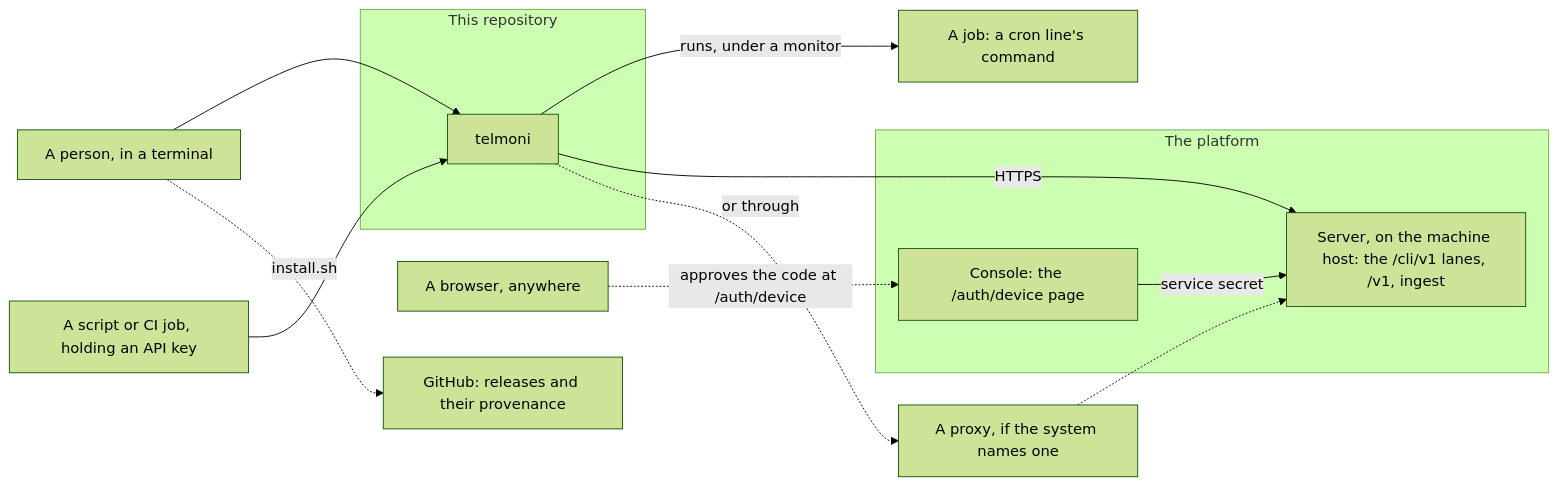
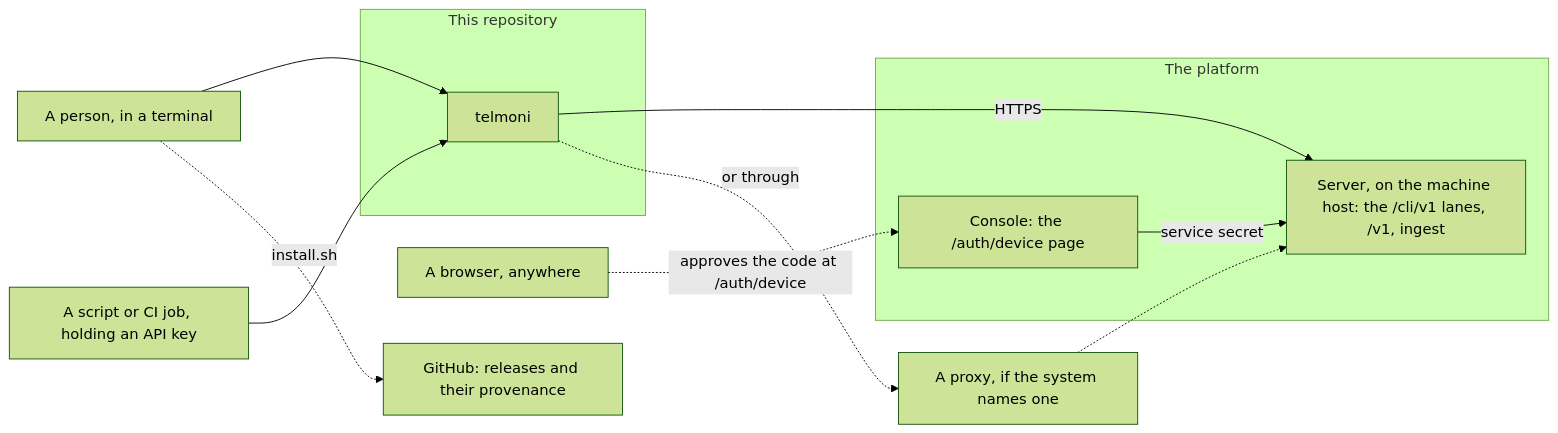
One commit to telmoni/telmoni-cli changed the first of 2 diagrams in ARCHITECTURE.md. Above: the diagram before and after it, drawn with Mermaid (forest theme). The commit also changed other lines of this file and 9 other files, not shown here.

````diff
--- a/ARCHITECTURE.md
+++ b/ARCHITECTURE.md
@@ -72,25 +70,23 @@
 ```mermaid
 flowchart LR
   Person["A person, in a terminal"]
   Machine["A script or CI job, holding an API key"]
   Browser["A browser, anywhere"]
   subgraph Repo["This repository"]
     CLI["telmoni"]
   end
   Proxy["A proxy, if the system names one"]
   subgraph Platform["The platform"]
     Server["Server, on the machine host: the /cli/v1 lanes, /v1, ingest"]
     Console["Console: the /auth/device page"]
   end
   GitHub["GitHub: releases and their provenance"]
-  Job["A job: a cron line's command"]
   Person --> CLI
   Machine --> CLI
-  CLI -->|"runs, under a monitor"| Job
   CLI -->|"HTTPS"| Server
   CLI -.->|"or through"| Proxy
   Proxy -.-> Server
   Browser -.->|"approves the code at /auth/device"| Console
   Console -->|"service secret"| Server
   Person -.->|"install.sh"| GitHub
 ```
````
